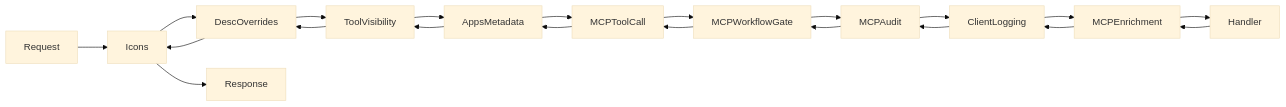
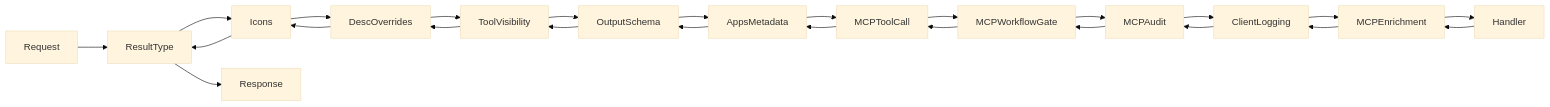
One commit to txn2/mcp-data-platform changed the diagram in docs/reference/middleware.md. Above: the diagram before and after it, drawn with Mermaid (base theme). The commit also changed other lines of this file and 22 other files, not shown here.

````diff
--- a/docs/reference/middleware.md
+++ b/docs/reference/middleware.md
@@ -7,23 +7,27 @@
 ```mermaid
 graph LR
-    Request --> Icons
+    Request --> ResultType
+    ResultType --> Icons
     Icons --> DescOverrides
     DescOverrides --> ToolVisibility
-    ToolVisibility --> AppsMetadata
+    ToolVisibility --> OutputSchema
+    OutputSchema --> AppsMetadata
     AppsMetadata --> MCPToolCall
     MCPToolCall --> MCPWorkflowGate
     MCPWorkflowGate --> MCPAudit
     MCPAudit --> ClientLogging
     ClientLogging --> MCPEnrichment
     MCPEnrichment --> Handler
     Handler --> MCPEnrichment
     MCPEnrichment --> ClientLogging
     ClientLogging --> MCPAudit
     MCPAudit --> MCPWorkflowGate
     MCPWorkflowGate --> MCPToolCall
     MCPToolCall --> AppsMetadata
-    AppsMetadata --> ToolVisibility
+    AppsMetadata --> OutputSchema
+    OutputSchema --> ToolVisibility
     ToolVisibility --> DescOverrides
     DescOverrides --> Icons
-    Icons --> Response
+    Icons --> ResultType
+    ResultType --> Response
 ```
````
